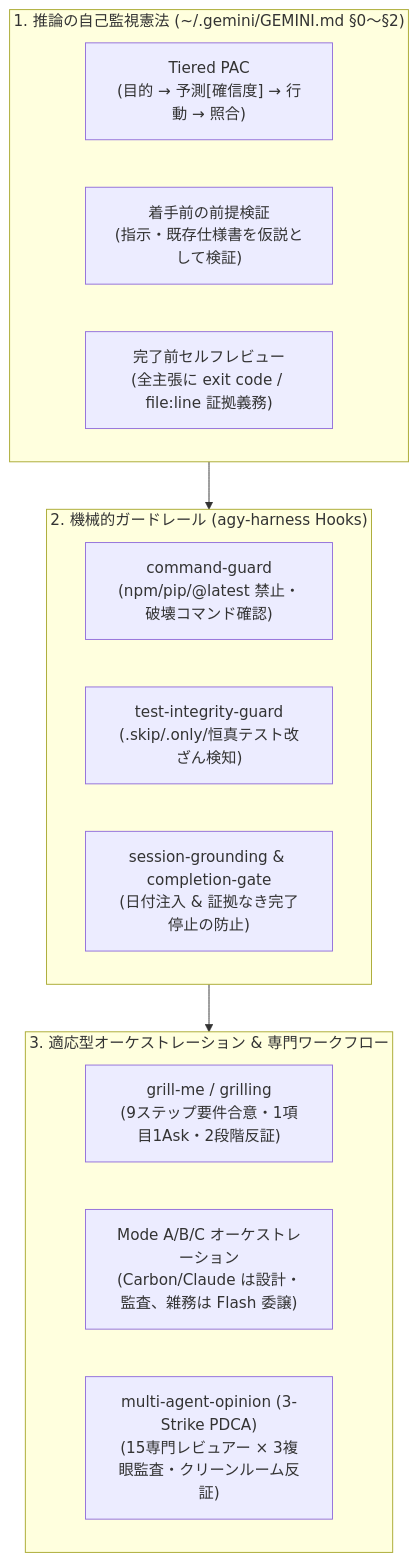
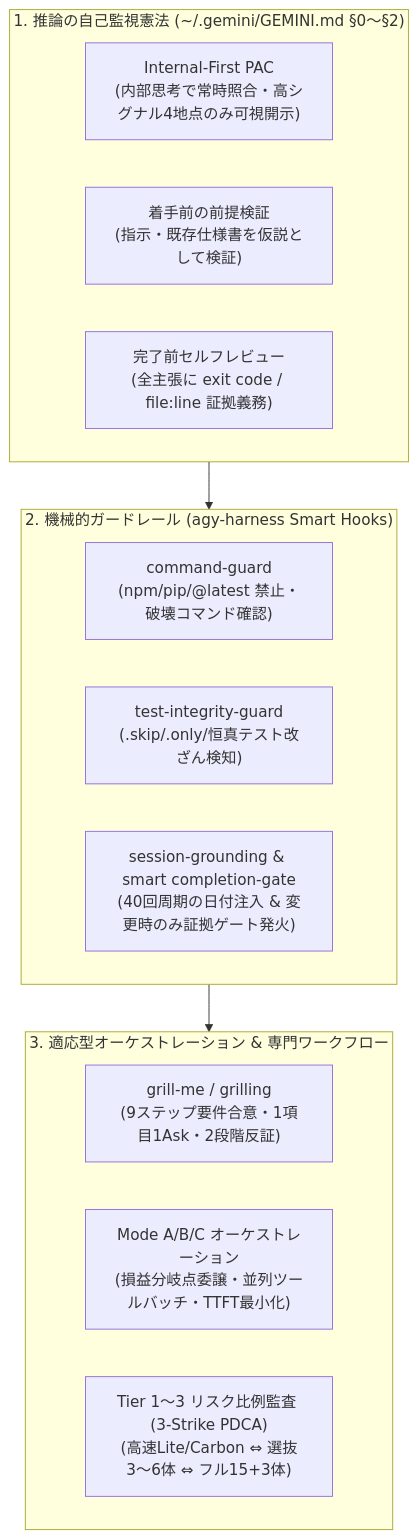
Before and after one commit to Haratakeshi/antigravity-multiagent-setup-ja: the diagram in README.md, drawn with Mermaid. The commit also changed other lines of this file and 25 other files, not shown here.

First line of the commit message:
feat: v1.3 Gemini 4 Carbon token & latency optimization + v2.30+ smart hooks

````diff
--- a/README.md
+++ b/README.md
@@ -52,22 +80,22 @@
 ```mermaid
 flowchart TB
     subgraph L1["1. 推論の自己監視憲法 (~/.gemini/GEMINI.md §0〜§2)"]
-        PAC["Tiered PAC\n(目的 → 予測[確信度] → 行動 → 照合)"]
+        PAC["Internal-First PAC\n(内部思考で常時照合・高シグナル4地点のみ可視開示)"]
         PV["着手前の前提検証\n(指示・既存仕様書を仮説として検証)"]
         SR["完了前セルフレビュー\n(全主張に exit code / file:line 証拠義務)"]
     end
 
-    subgraph L2["2. 機械的ガードレール (agy-harness Hooks)"]
+    subgraph L2["2. 機械的ガードレール (agy-harness Smart Hooks)"]
         CG["command-guard\n(npm/pip/@latest 禁止・破壊コマンド確認)"]
         TG["test-integrity-guard\n(.skip/.only/恒真テスト改ざん検知)"]
-        SG["session-grounding & completion-gate\n(日付注入 & 証拠なき完了停止の防止)"]
+        SG["session-grounding & smart completion-gate\n(40回周期の日付注入 & 変更時のみ証拠ゲート発火)"]
     end
 
     subgraph L3["3. 適応型オーケストレーション & 専門ワークフロー"]
         GM["grill-me / grilling\n(9ステップ要件合意・1項目1Ask・2段階反証)"]
-        MA["Mode A/B/C オーケストレーション\n(Carbon/Claude は設計・監査、雑務は Flash 委譲)"]
-        MAO["multi-agent-opinion (3-Strike PDCA)\n(15専門レビュアー × 3複眼監査・クリーンルーム反証)"]
+        MA["Mode A/B/C オーケストレーション\n(損益分岐点委譲・並列ツールバッチ・TTFT最小化)"]
+        MAO["Tier 1〜3 リスク比例監査 (3-Strike PDCA)\n(高速Lite/Carbon ⇔ 選抜3〜6体 ⇔ フル15+3体)"]
     end
 
     L1 --> L2 --> L3
 ```
````
